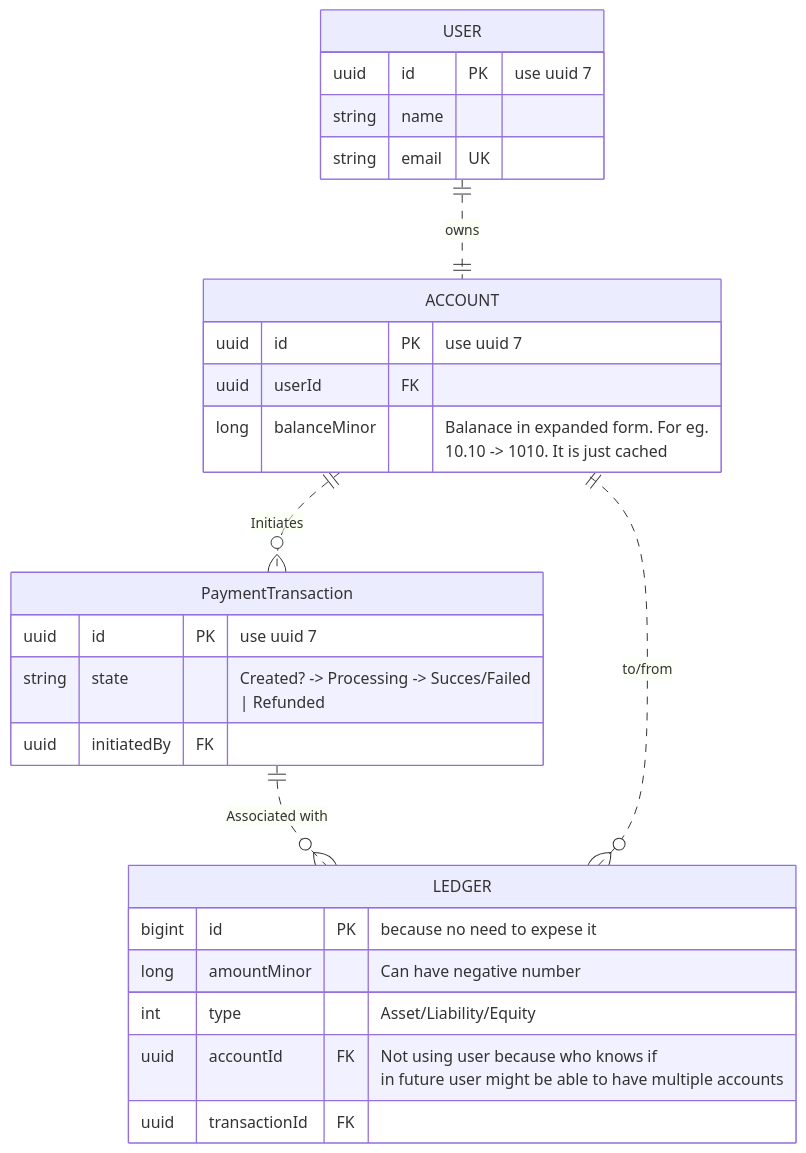
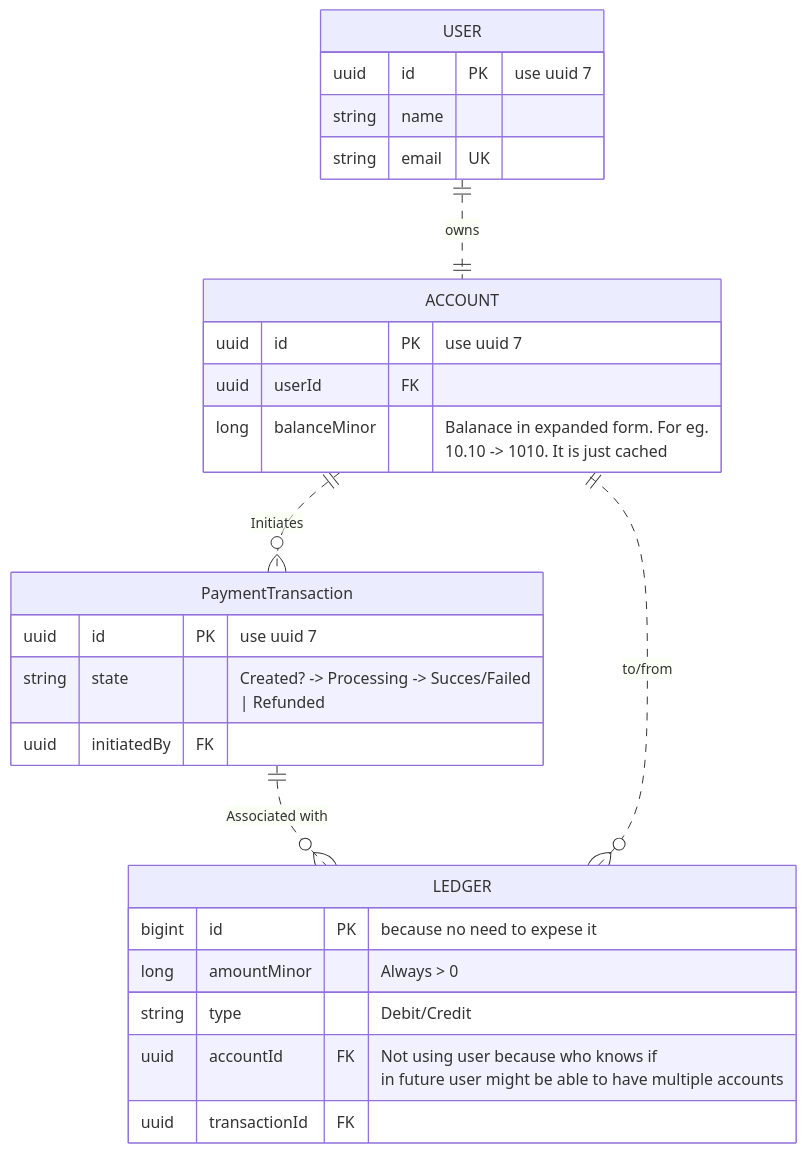
The diagram in docs/ERDiagram.md (hamburg1r/LedgerFlow), drawn with Mermaid before and after one commit.

Commit message:
fixup! Added ERDiagram and README

````diff
--- a/docs/ERDiagram.md
+++ b/docs/ERDiagram.md
@@ -2,41 +2,41 @@
 ```mermaid
 erDiagram
 
 USER {
     uuid id PK "use uuid 7"
     string name
     string email UK
 }
 
 ACCOUNT {
     uuid id PK "use uuid 7"
     uuid userId FK
     long balanceMinor "Balanace in expanded form. For eg.
     10.10 -> 1010. It is just cached"
 }
 
 LEDGER {
     bigint id PK "because no need to expese it"
-    long amountMinor "Can have negative number"
-    int type "Asset/Liability/Equity"
+    long amountMinor "Always > 0"
+    string type "Debit/Credit"
     uuid accountId FK "Not using user because who knows if
     in future user might be able to have multiple accounts"
     uuid transactionId FK
 }
 
 PaymentTransaction {
     uuid id PK "use uuid 7"
     string state "Created? -> Processing -> Succes/Failed
     | Refunded"
     uuid initiatedBy FK
 }
 
 %% For now its 1:1 but later it'll be 1:M
 USER||..||ACCOUNT: owns
 LEDGER}o..||ACCOUNT: "to/from"
 %% TODO: For now ledger will always be associated with
 %% PaymentTransaction but after reconciliation is
 %% implemented it'll be |o instead
 PaymentTransaction||..o{LEDGER: "Associated with"
 ACCOUNT||..o{PaymentTransaction: Initiates
 ```
````
